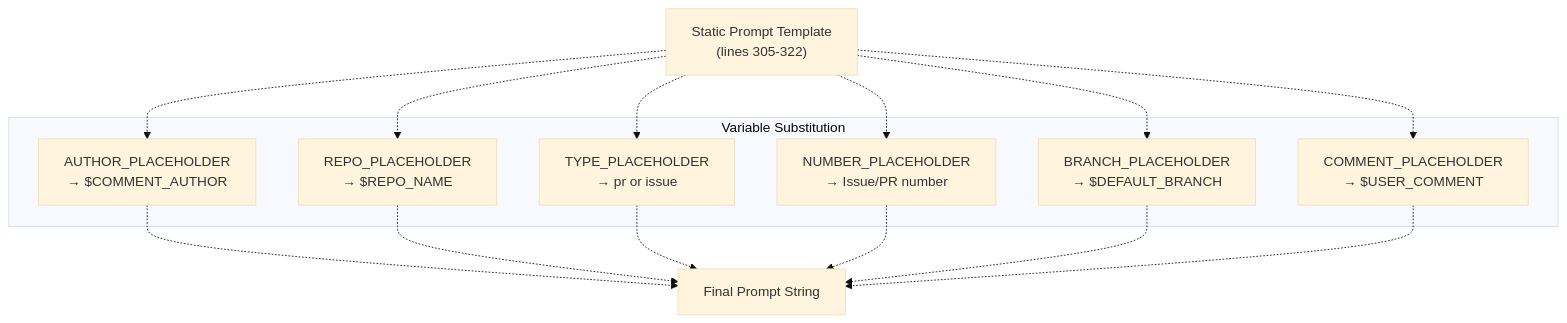
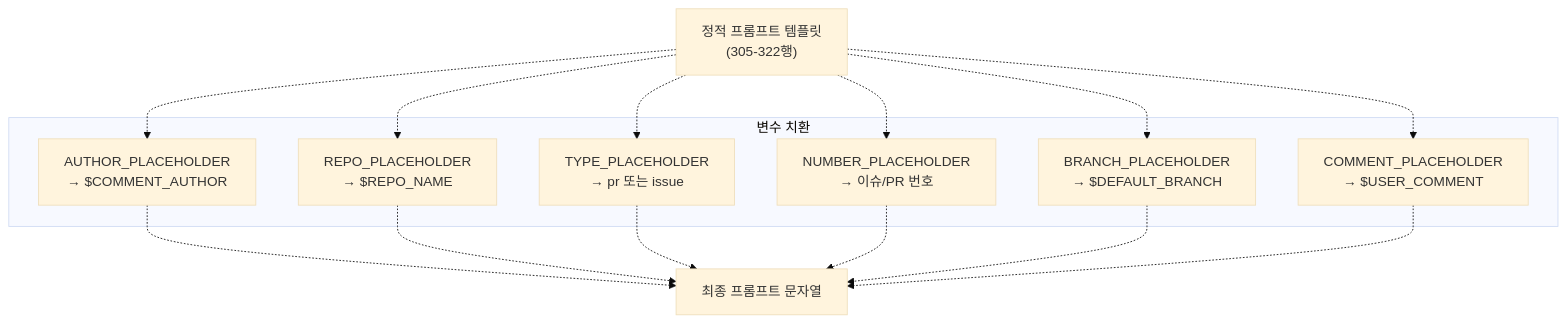
The fifth of 10 diagrams in docs/agents/github-workflow-integration.md (felipetruman/oh-my-opencode-docs), drawn with Mermaid (base theme) before and after one commit. The commit also changed other lines of this file and 76 other files, not shown here.

````diff
--- a/docs/agents/github-workflow-integration.md
+++ b/docs/agents/github-workflow-integration.md
@@ -267,34 +267,34 @@
 ```mermaid
 flowchart TD
 
-Template["Static Prompt Template<br>(lines 305-322)"]
+Template["정적 프롬프트 템플릿<br>(305-322행)"]
 Author["AUTHOR_PLACEHOLDER<br>→ $COMMENT_AUTHOR"]
 Repo["REPO_PLACEHOLDER<br>→ $REPO_NAME"]
-Type["TYPE_PLACEHOLDER<br>→ pr or issue"]
-Number["NUMBER_PLACEHOLDER<br>→ Issue/PR number"]
+Type["TYPE_PLACEHOLDER<br>→ pr 또는 issue"]
+Number["NUMBER_PLACEHOLDER<br>→ 이슈/PR 번호"]
 Branch["BRANCH_PLACEHOLDER<br>→ $DEFAULT_BRANCH"]
 Comment["COMMENT_PLACEHOLDER<br>→ $USER_COMMENT"]
-FinalPrompt["Final Prompt String"]
+FinalPrompt["최종 프롬프트 문자열"]
 
 Template -.-> Author
 Template -.-> Repo
 Template -.-> Type
 Template -.-> Number
 Template -.-> Branch
 Template -.-> Comment
 Author -.-> FinalPrompt
 Repo -.-> FinalPrompt
 Type -.-> FinalPrompt
 Number -.-> FinalPrompt
 Branch -.-> FinalPrompt
 Comment -.-> FinalPrompt
 
-subgraph subGraph0 ["Variable Substitution"]
+subgraph subGraph0 ["변수 치환"]
     Author
     Repo
     Type
     Number
     Branch
     Comment
 end
 ```
````
